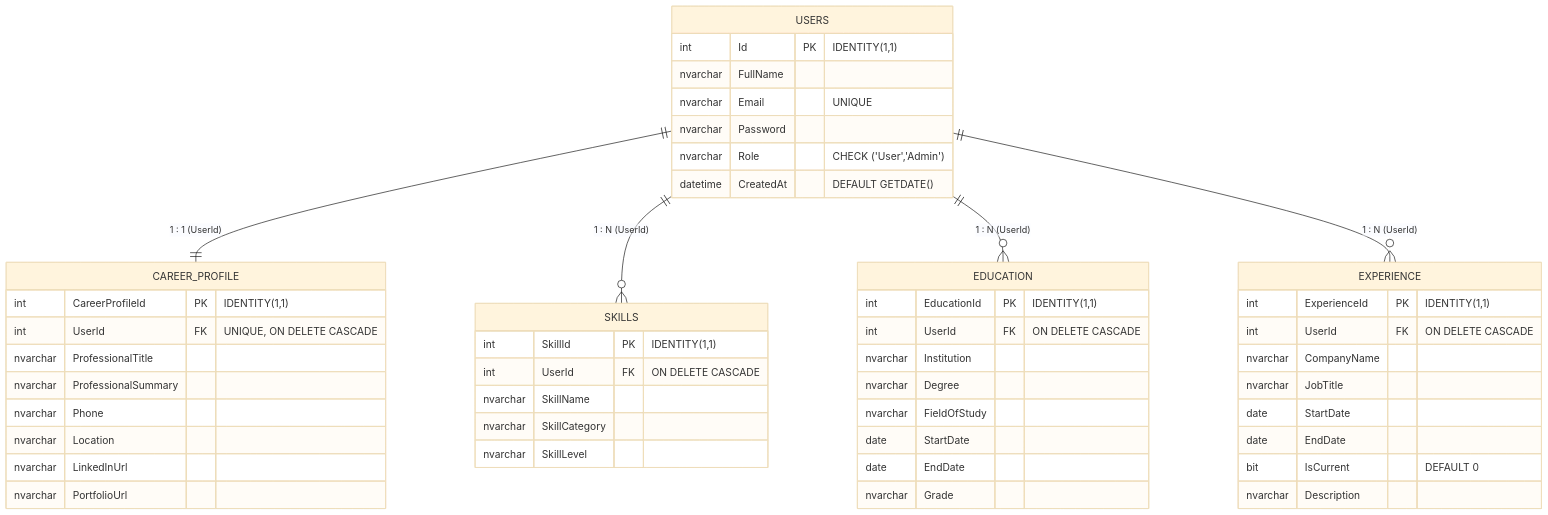
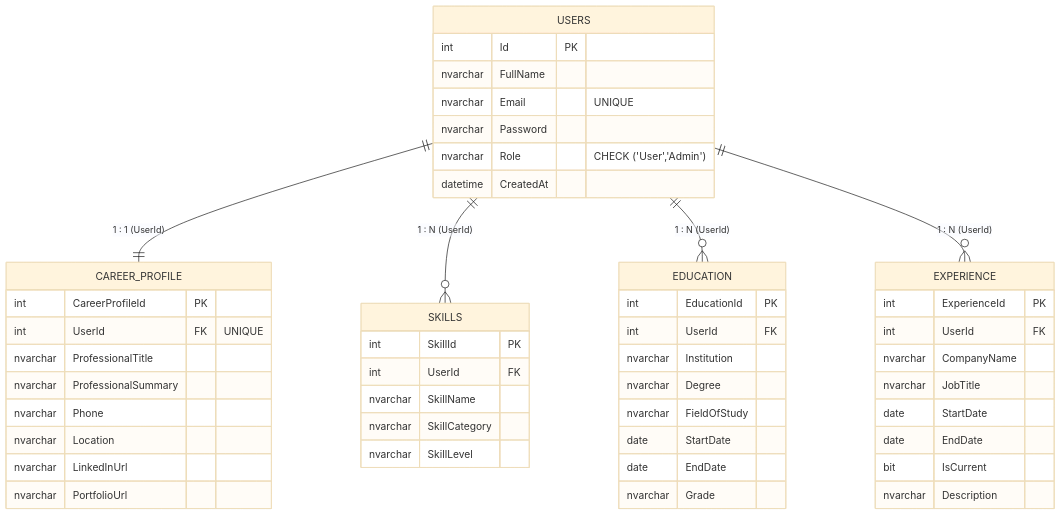
One commit to Jaiminsinh-Dodiya/AIResume changed the second of 2 diagrams in README.md. Above: the diagram before and after it, drawn with Mermaid (base theme). The commit also changed other lines of this file, not shown here.

Commit message:
docs(readme): rewrite README with enterprise architecture, ER diagrams, and setup guide

````diff
--- a/README.md
+++ b/README.md
@@ -62,57 +90,53 @@
 ```mermaid
 erDiagram
     USERS ||--|| CAREER_PROFILE : "1 : 1 (UserId)"
     USERS ||--o{ SKILLS : "1 : N (UserId)"
     USERS ||--o{ EDUCATION : "1 : N (UserId)"
     USERS ||--o{ EXPERIENCE : "1 : N (UserId)"
 
     USERS {
-        int Id PK "IDENTITY(1,1)"
+        int Id PK
         nvarchar FullName
         nvarchar Email "UNIQUE"
         nvarchar Password
         nvarchar Role "CHECK ('User','Admin')"
-        datetime CreatedAt "DEFAULT GETDATE()"
+        datetime CreatedAt
     }
-
     CAREER_PROFILE {
-        int CareerProfileId PK "IDENTITY(1,1)"
-        int UserId FK "UNIQUE, ON DELETE CASCADE"
+        int CareerProfileId PK
+        int UserId FK "UNIQUE"
         nvarchar ProfessionalTitle
         nvarchar ProfessionalSummary
         nvarchar Phone
         nvarchar Location
         nvarchar LinkedInUrl
         nvarchar PortfolioUrl
     }
-
     SKILLS {
-        int SkillId PK "IDENTITY(1,1)"
-        int UserId FK "ON DELETE CASCADE"
+        int SkillId PK
+        int UserId FK
         nvarchar SkillName
         nvarchar SkillCategory
         nvarchar SkillLevel
     }
-
     EDUCATION {
-        int EducationId PK "IDENTITY(1,1)"
-        int UserId FK "ON DELETE CASCADE"
+        int EducationId PK
+        int UserId FK
         nvarchar Institution
         nvarchar Degree
         nvarchar FieldOfStudy
         date StartDate
         date EndDate
         nvarchar Grade
     }
-
     EXPERIENCE {
-        int ExperienceId PK "IDENTITY(1,1)"
-        int UserId FK "ON DELETE CASCADE"
+        int ExperienceId PK
+        int UserId FK
         nvarchar CompanyName
         nvarchar JobTitle
         date StartDate
         date EndDate
-        bit IsCurrent "DEFAULT 0"
+        bit IsCurrent
         nvarchar Description
     }
 ```
````
